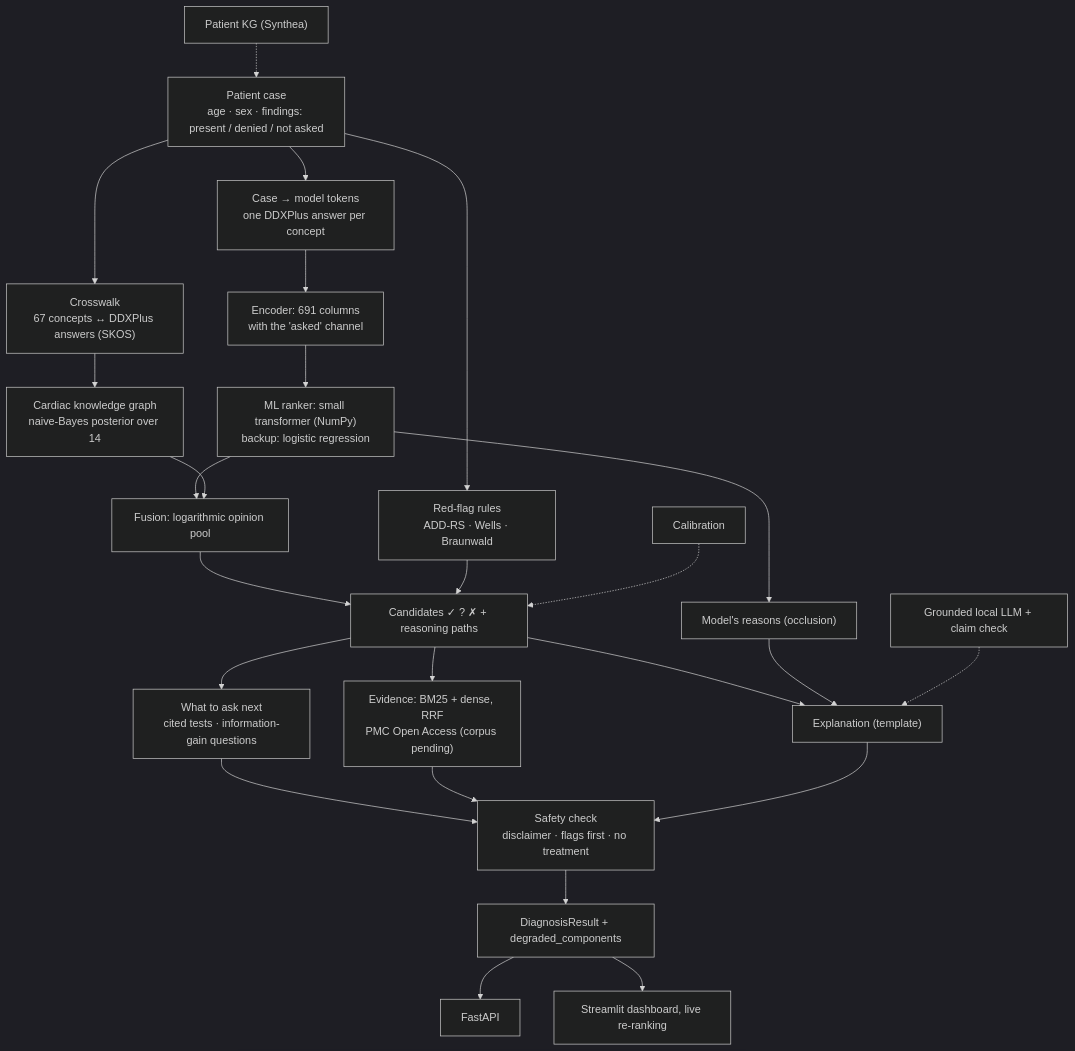
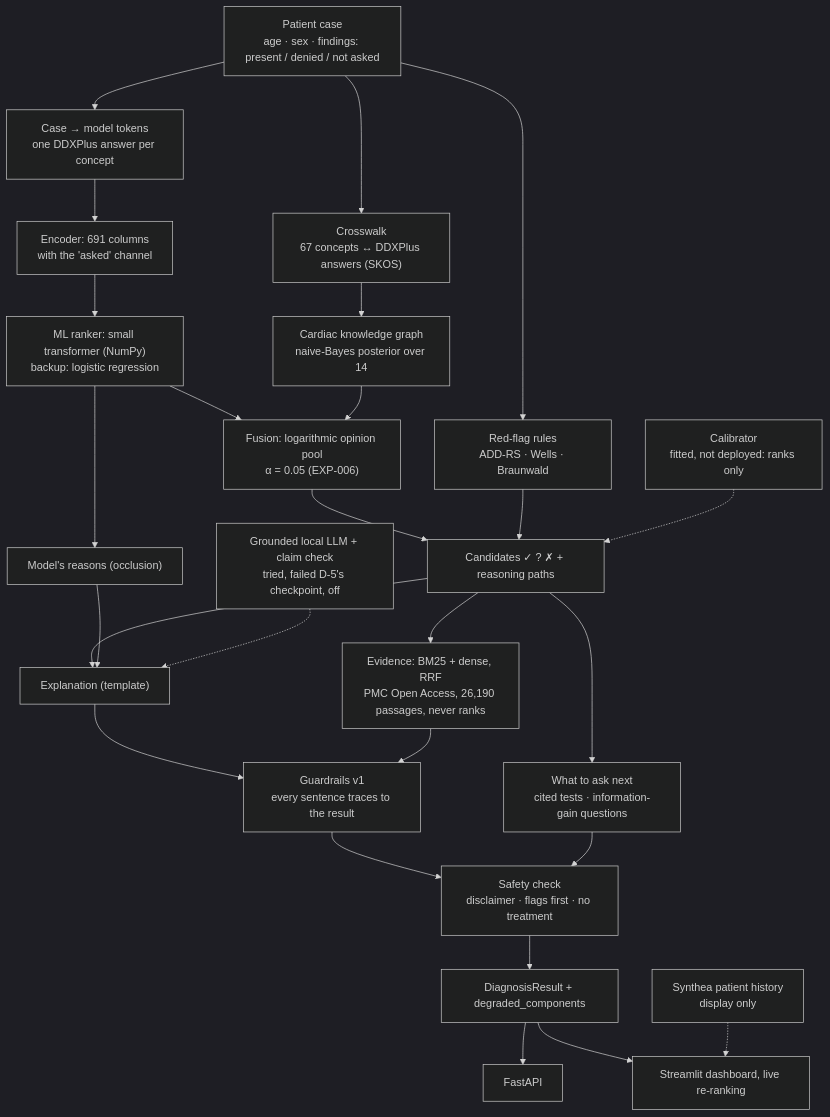
Before and after one commit to HarshRohila02/nightingale: the diagram in docs/18-project-report.md, drawn with Mermaid (dark theme). The commit also changed other lines of this file and 20 other files, not shown here.

````diff
--- a/docs/18-project-report.md
+++ b/docs/18-project-report.md
@@ -374,28 +412,29 @@
 ```mermaid
 flowchart TD
     CASE["Patient case<br/>age · sex · findings: present / denied / not asked"]
     CASE --> XW["Crosswalk<br/>67 concepts ↔ DDXPlus answers (SKOS)"]
     CASE --> TOK["Case → model tokens<br/>one DDXPlus answer per concept"]
     XW --> KG["Cardiac knowledge graph<br/>naive-Bayes posterior over 14"]
     TOK --> ENC["Encoder: 691 columns<br/>with the 'asked' channel"]
     ENC --> ML["ML ranker: small transformer (NumPy)<br/>backup: logistic regression"]
-    ML --> FUSE["Fusion: logarithmic opinion pool"]
+    ML --> FUSE["Fusion: logarithmic opinion pool<br/>α = 0.05 (EXP-006)"]
     KG --> FUSE
     CASE --> RF["Red-flag rules<br/>ADD-RS · Wells · Braunwald"]
     FUSE --> CAND["Candidates ✓ ? ✗ + reasoning paths"]
     RF --> CAND
     ML --> WHY["Model's reasons (occlusion)"]
     CAND --> NEXT["What to ask next<br/>cited tests · information-gain questions"]
-    CAND --> RAG["Evidence: BM25 + dense, RRF<br/>PMC Open Access (corpus pending)"]
+    CAND --> RAG["Evidence: BM25 + dense, RRF<br/>PMC Open Access, 26,190 passages, never ranks"]
     CAND --> EXPL["Explanation (template)"]
     WHY --> EXPL
-    NEXT --> SAFE["Safety check<br/>disclaimer · flags first · no treatment"]
-    RAG --> SAFE
-    EXPL --> SAFE
+    EXPL --> GUARD["Guardrails v1<br/>every sentence traces to the result"]
+    RAG --> GUARD
+    GUARD --> SAFE["Safety check<br/>disclaimer · flags first · no treatment"]
+    NEXT --> SAFE
     SAFE --> OUT["DiagnosisResult + degraded_components"]
     OUT --> API["FastAPI"]
     OUT --> UI["Streamlit dashboard, live re-ranking"]
-    CAL["Calibration"] -.-> CAND
-    LLM["Grounded local LLM + claim check"] -.-> EXPL
-    PKG["Patient KG (Synthea)"] -.-> CASE
+    CAL["Calibrator<br/>fitted, not deployed: ranks only"] -.-> CAND
+    LLM["Grounded local LLM + claim check<br/>tried, failed D-5's checkpoint, off"] -.-> EXPL
+    PKG["Synthea patient history<br/>display only"] -.-> UI
 ```
````
